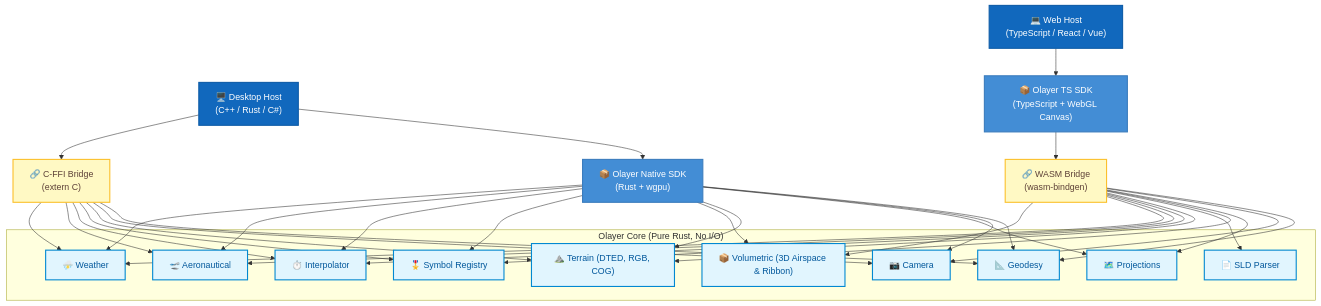
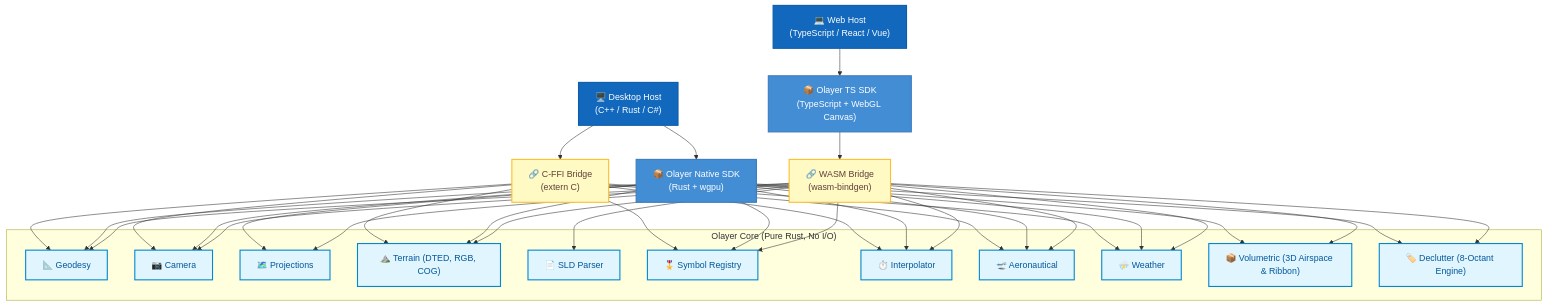
Before and after one commit to rodoni/olayer: the diagram in docs/developer_guide.md, drawn with Mermaid. The commit also changed other lines of this file and 17 other files, not shown here.

First line of the commit message:
feat(renderer): implement 8-octant force-directed label anti-cluttering engine

````diff
--- a/docs/developer_guide.md
+++ b/docs/developer_guide.md
@@ -16,62 +16,65 @@
 ```mermaid
 graph TB
     classDef host fill:#1168BD,stroke:#0f5ca7,color:#ffffff,stroke-width:2px;
     classDef sdk fill:#438DD5,stroke:#3b7cbd,color:#ffffff,stroke-width:2px;
     classDef bridge fill:#FFF9C4,stroke:#FBC02D,color:#5D4037,stroke-width:2px;
     classDef core fill:#E1F5FE,stroke:#0288D1,color:#01579B,stroke-width:2px;
 
     HostWeb["💻 Web Host<br>(TypeScript / React / Vue)"]:::host
     HostDesktop["🖥️ Desktop Host<br>(C++ / Rust / C#)"]:::host
 
     TSSDK["📦 Olayer TS SDK<br>(TypeScript + WebGL Canvas)"]:::sdk
     NativeSDK["📦 Olayer Native SDK<br>(Rust + wgpu)"]:::sdk
 
     WASMBridge["🔗 WASM Bridge<br>(wasm-bindgen)"]:::bridge
     FFIBridge["🔗 C-FFI Bridge<br>(extern C)"]:::bridge
 
     subgraph CoreBoundary ["Olayer Core (Pure Rust, No I/O)"]
         Geodesy["📐 Geodesy"]:::core
         Camera["📷 Camera"]:::core
         Projections["🗺️ Projections"]:::core
         Terrain["⛰️ Terrain (DTED, RGB, COG)"]:::core
         SLD["📄 SLD Parser"]:::core
         Symbols["🎖️ Symbol Registry"]:::core
         Interp["⏱️ Interpolator"]:::core
         Aero["🛫 Aeronautical"]:::core
         Weather["⛈️ Weather"]:::core
         Volumetric["📦 Volumetric (3D Airspace & Ribbon)"]:::core
+        Declutter["🏷️ Declutter (8-Octant Engine)"]:::core
     end
 
     HostWeb --> TSSDK
     TSSDK --> WASMBridge
     WASMBridge --> Geodesy
     WASMBridge --> Camera
     WASMBridge --> Projections
     WASMBridge --> Terrain
     WASMBridge --> SLD
     WASMBridge --> Symbols
     WASMBridge --> Interp
     WASMBridge --> Aero
     WASMBridge --> Weather
     WASMBridge --> Volumetric
+    WASMBridge --> Declutter
 
     HostDesktop --> NativeSDK
     NativeSDK --> Geodesy
     NativeSDK --> Camera
     NativeSDK --> Projections
     NativeSDK --> Terrain
     NativeSDK --> Volumetric
+    NativeSDK --> Declutter
     NativeSDK --> Symbols
     NativeSDK --> Interp
     NativeSDK --> Aero
     NativeSDK --> Weather
 
     HostDesktop --> FFIBridge
     FFIBridge --> Geodesy
     FFIBridge --> Camera
     FFIBridge --> Terrain
     FFIBridge --> Symbols
     FFIBridge --> Interp
     FFIBridge --> Aero
     FFIBridge --> Weather
 ```
````
